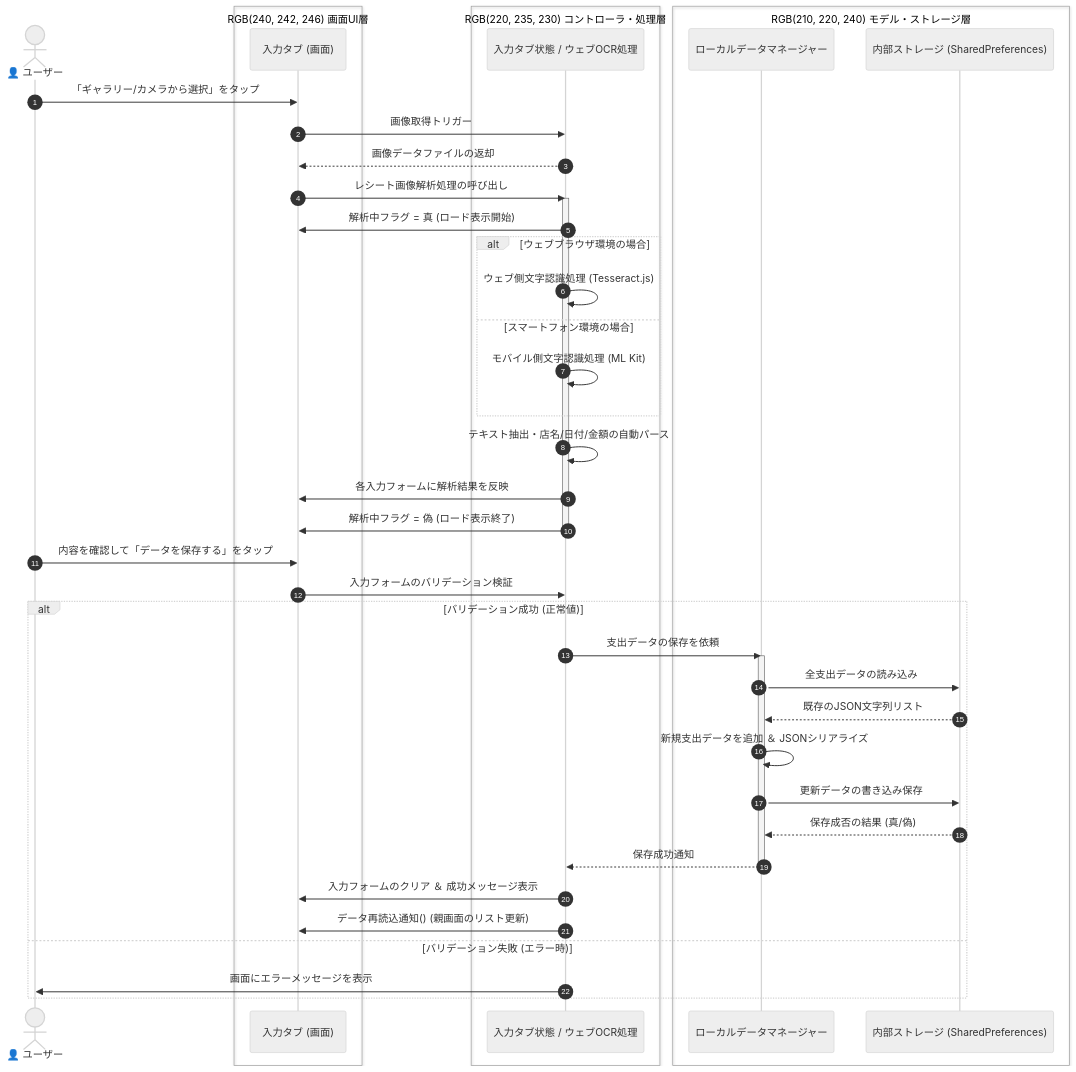
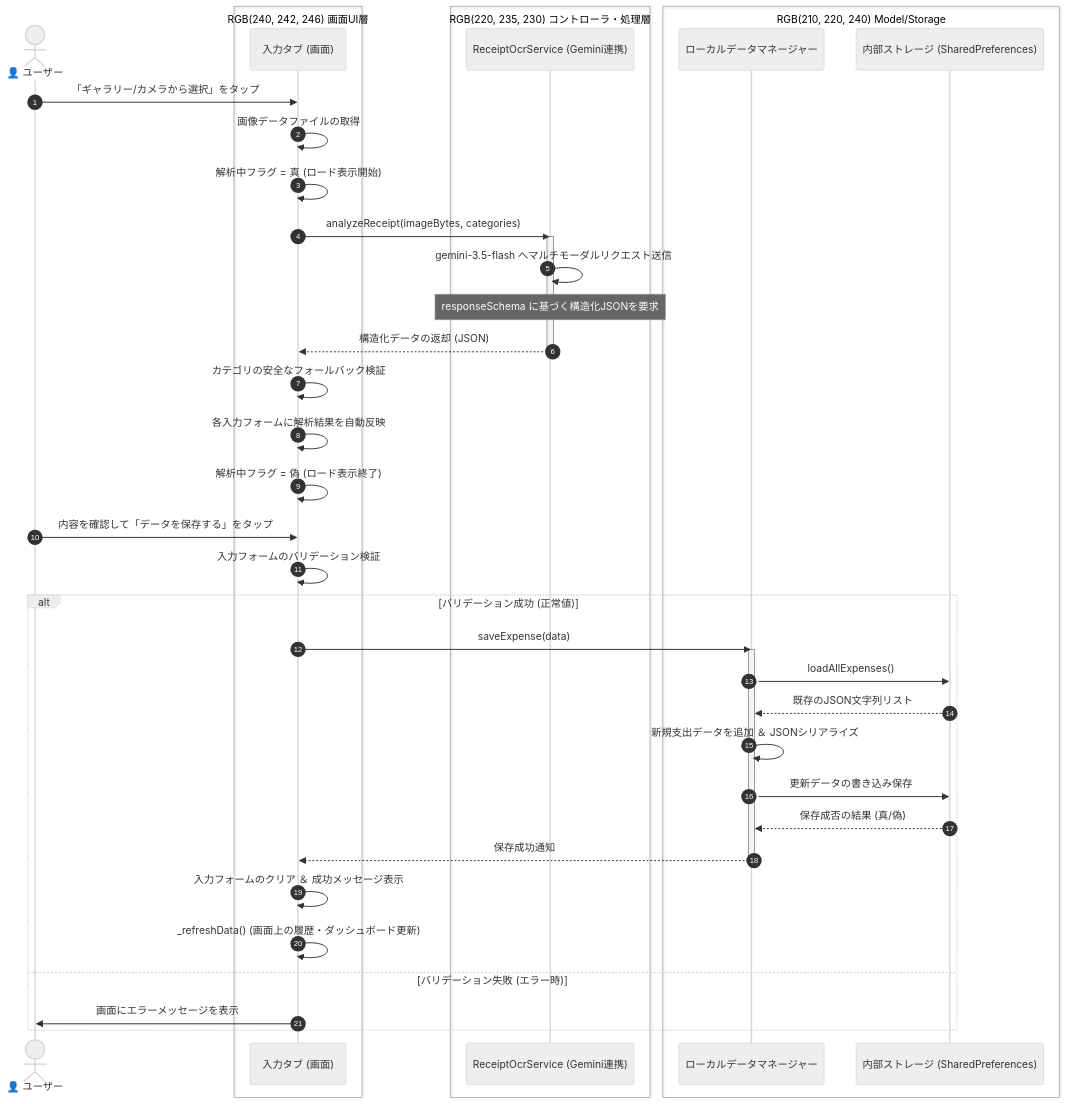
Before and after one commit to userT-2213/receipt_checker: the third of 4 diagrams in receipt_checker/README.md, drawn with Mermaid (neutral theme). The commit also changed other lines of this file, not shown here.

````diff
--- a/receipt_checker/README.md
+++ b/receipt_checker/README.md
@@ -202,53 +251,50 @@
 ```mermaid
 sequenceDiagram
     autonumber
     actor ユーザー as 👤 ユーザー
     box RGB(240, 242, 246) 画面UI層
         participant UI as 入力タブ (画面)
     end
     box RGB(220, 235, 230) コントローラ・処理層
-        participant Ctrl as 入力タブ状態 / ウェブOCR処理
+        participant Ctrl as ReceiptOcrService (Gemini連携)
     end
-    box RGB(210, 220, 240) モデル・ストレージ層
+    box RGB(210, 220, 240) Model/Storage
         participant Mgr as ローカルデータマネージャー
         participant DB as 内部ストレージ (SharedPreferences)
     end
 
     ユーザー ->> UI: 「ギャラリー/カメラから選択」をタップ
-    UI ->> Ctrl: 画像取得トリガー
-    Ctrl -->> UI: 画像データファイルの返却
-    UI ->> Ctrl: レシート画像解析処理の呼び出し
+    UI ->> UI: 画像データファイルの取得
+    UI ->> UI: 解析中フラグ = 真 (ロード表示開始)
+    UI ->> Ctrl: analyzeReceipt(imageBytes, categories)
     activate Ctrl
-    Ctrl ->> UI: 解析中フラグ = 真 (ロード表示開始)
     
-    alt ウェブブラウザ環境の場合
-        Ctrl ->> Ctrl: ウェブ側文字認識処理 (Tesseract.js)
-    else スマートフォン環境の場合
-        Ctrl ->> Ctrl: モバイル側文字認識処理 (ML Kit)
-    end
+    Ctrl ->> Ctrl: gemini-3.5-flash へマルチモーダルリクエスト送信
+    Note over Ctrl: responseSchema に基づく構造化JSONを要求
+    Ctrl -->> UI: 構造化データの返却 (JSON)
+    deactivate Ctrl
     
-    Ctrl ->> Ctrl: テキスト抽出・店名/日付/金額の自動パース
-    Ctrl ->> UI: 各入力フォームに解析結果を反映
-    Ctrl ->> UI: 解析中フラグ = 偽 (ロード表示終了)
-    deactivate Ctrl
+    UI ->> UI: カテゴリの安全なフォールバック検証
+    UI ->> UI: 各入力フォームに解析結果を自動反映
+    UI ->> UI: 解析中フラグ = 偽 (ロード表示終了)
 
     ユーザー ->> UI: 内容を確認して「データを保存する」をタップ
-    UI ->> Ctrl: 入力フォームのバリデーション検証
+    UI ->> UI: 入力フォームのバリデーション検証
     
     alt バリデーション成功 (正常値)
-        Ctrl ->> Mgr: 支出データの保存を依頼
+        UI ->> Mgr: saveExpense(data)
         activate Mgr
-        Mgr ->> DB: 全支出データの読み込み
+        Mgr ->> DB: loadAllExpenses()
         DB -->> Mgr: 既存のJSON文字列リスト
         Mgr ->> Mgr: 新規支出データを追加 ＆ JSONシリアライズ
         Mgr ->> DB: 更新データの書き込み保存
         DB -->> Mgr: 保存成否の結果 (真/偽)
-        Mgr -->> Ctrl: 保存成功通知
+        Mgr -->> UI: 保存成功通知
         deactivate Mgr
         
-        Ctrl ->> UI: 入力フォームのクリア ＆ 成功メッセージ表示
-        Ctrl ->> UI: データ再読込通知() (親画面のリスト更新)
+        UI ->> UI: 入力フォームのクリア ＆ 成功メッセージ表示
+        UI ->> UI: _refreshData() (画面上の履歴・ダッシュボード更新)
     else バリデーション失敗 (エラー時)
-        Ctrl ->> ユーザー: 画面にエラーメッセージを表示
+        UI ->> ユーザー: 画面にエラーメッセージを表示
     end
 ```
````
